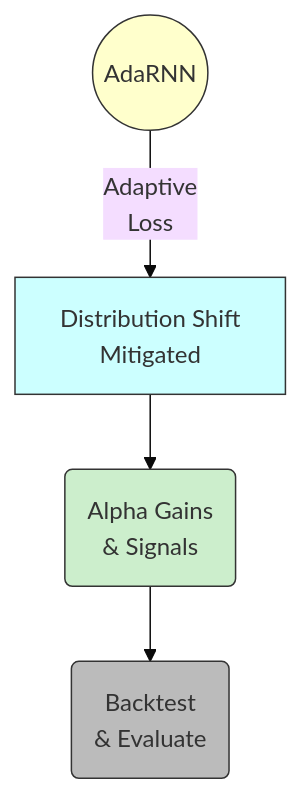
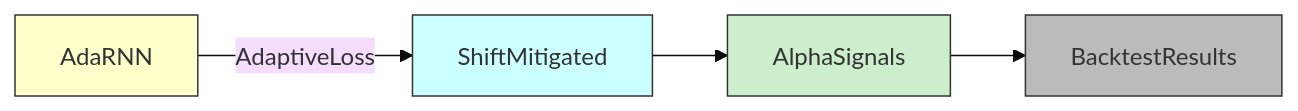
Before and after one commit to nicolad/vadim.blog: the fifth of 5 diagrams in blog/qlib-ai-quant-workflow-adarnn/index.md, drawn with Mermaid (base theme). The commit also changed other lines of this file, not shown here.

````diff
--- a/blog/qlib-ai-quant-workflow-adarnn/index.md
+++ b/blog/qlib-ai-quant-workflow-adarnn/index.md
@@ -291,10 +285,10 @@
 ```mermaid
-flowchart TD
-   A((AdaRNN)) -->|Adaptive <br> Loss| B[Distribution Shift <br> Mitigated]
-   B --> C(Alpha Gains <br> & Signals)
-   C --> D(Backtest <br> & Evaluate)
+flowchart LR
+   A[AdaRNN] -->|AdaptiveLoss| B[ShiftMitigated]
+   B --> C[AlphaSignals]
+   C --> D[BacktestResults]
    style A fill:#ffc,stroke:#333,stroke-width:1px
    style B fill:#cff,stroke:#333,stroke-width:1px
    style C fill:#cec,stroke:#333,stroke-width:1px
    style D fill:#bbb,stroke:#333,stroke-width:1px
 ```
````
